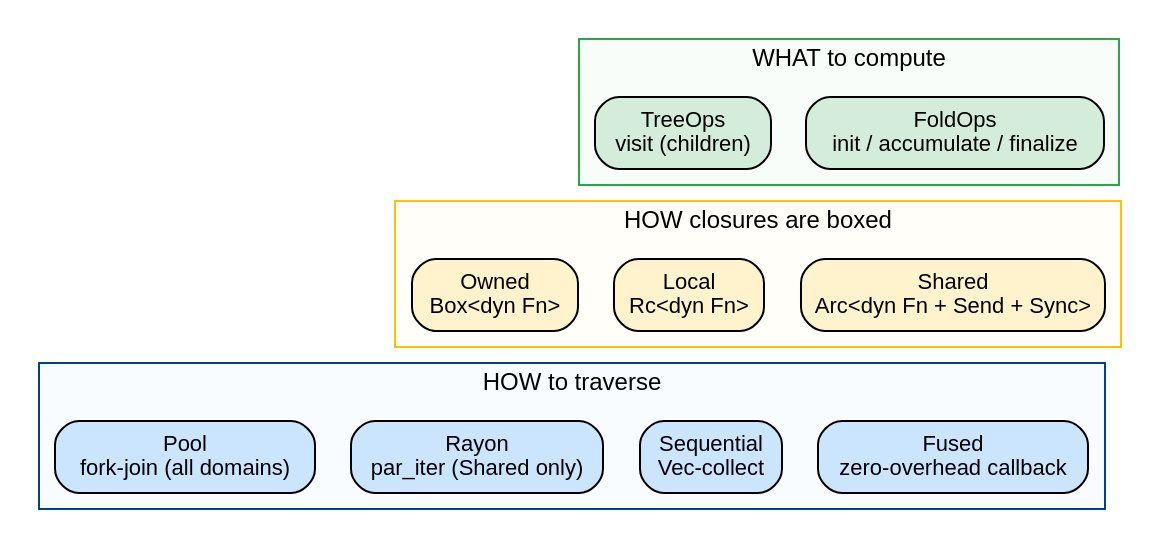
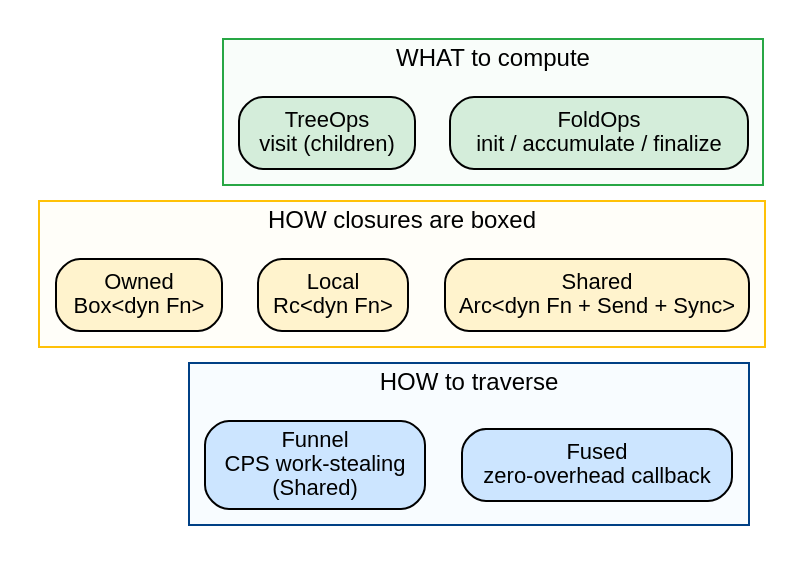
One commit to hylic-recursion/hylic-docs changed the first of 3 diagrams in book/src/guides/concept_map.md. Above: the diagram before and after it, drawn with Graphviz. The commit also changed other lines of this file and 57 other files, not shown here.

````diff
--- a/book/src/guides/concept_map.md
+++ b/book/src/guides/concept_map.md
@@ -10,41 +10,39 @@
 ```dot process
 digraph {
     rankdir=TB;
     node [shape=box, style="rounded,filled", fontname="sans-serif", fontsize=11];
     edge [fontname="sans-serif", fontsize=10];
 
     subgraph cluster_ops {
         label="WHAT to compute";
         style=filled; fillcolor="#d4edda22"; color="#28a745";
         fontname="sans-serif"; fontsize=12;
 
         foldops [label="FoldOps\ninit / accumulate / finalize", fillcolor="#d4edda"];
         treeops [label="TreeOps\nvisit (children)", fillcolor="#d4edda"];
     }
 
     subgraph cluster_domain {
         label="HOW closures are boxed";
         style=filled; fillcolor="#fff3cd22"; color="#ffc107";
         fontname="sans-serif"; fontsize=12;
 
         shared [label="Shared\nArc<dyn Fn + Send + Sync>", fillcolor="#fff3cd"];
         local [label="Local\nRc<dyn Fn>", fillcolor="#fff3cd"];
         owned [label="Owned\nBox<dyn Fn>", fillcolor="#fff3cd"];
     }
 
     subgraph cluster_exec {
         label="HOW to traverse";
         style=filled; fillcolor="#cce5ff22"; color="#004085";
         fontname="sans-serif"; fontsize=12;
 
         fused [label="Fused\nzero-overhead callback", fillcolor="#cce5ff"];
-        sequential [label="Sequential\nVec-collect", fillcolor="#cce5ff"];
-        rayon_e [label="Rayon\npar_iter (Shared only)", fillcolor="#cce5ff"];
-        pool_e [label="Pool\nfork-join (all domains)", fillcolor="#cce5ff"];
+        funnel_e [label="Funnel\nCPS work-stealing\n(Shared)", fillcolor="#cce5ff"];
     }
 
     foldops -> shared [style=invis];
     treeops -> local [style=invis];
     shared -> fused [style=invis];
 }
 ```
````
